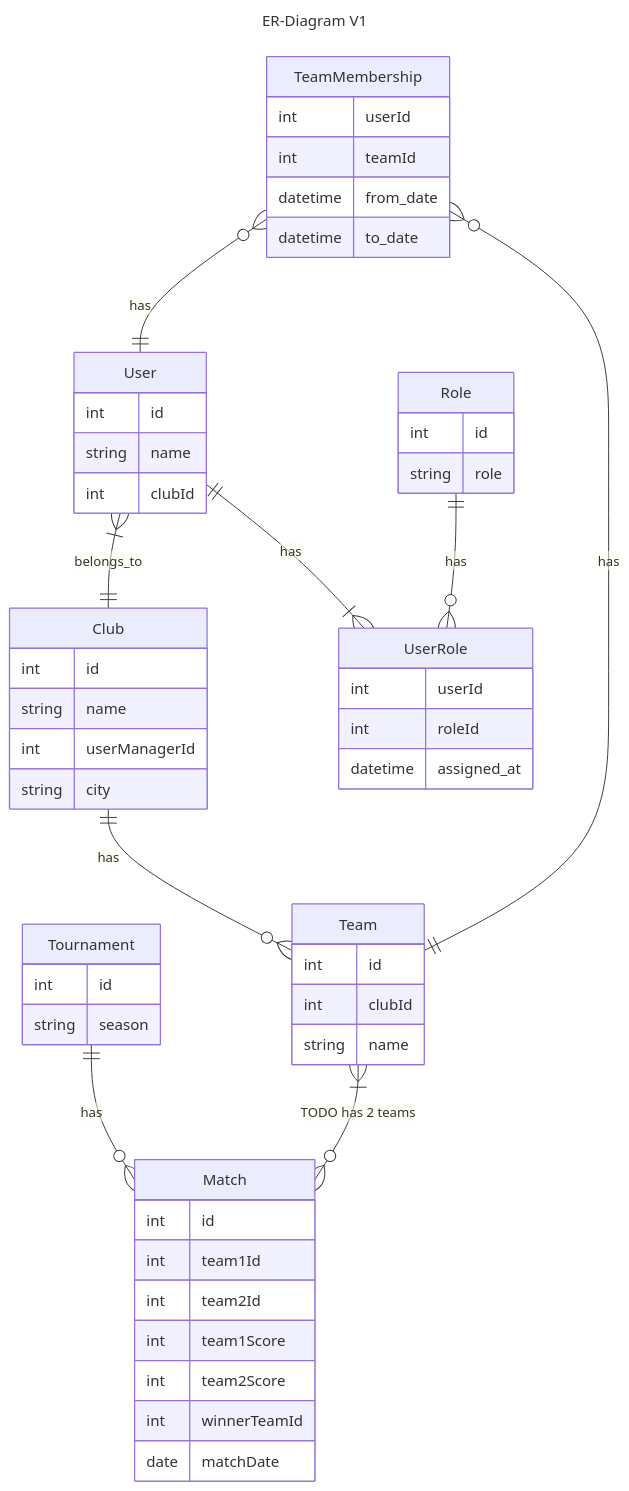
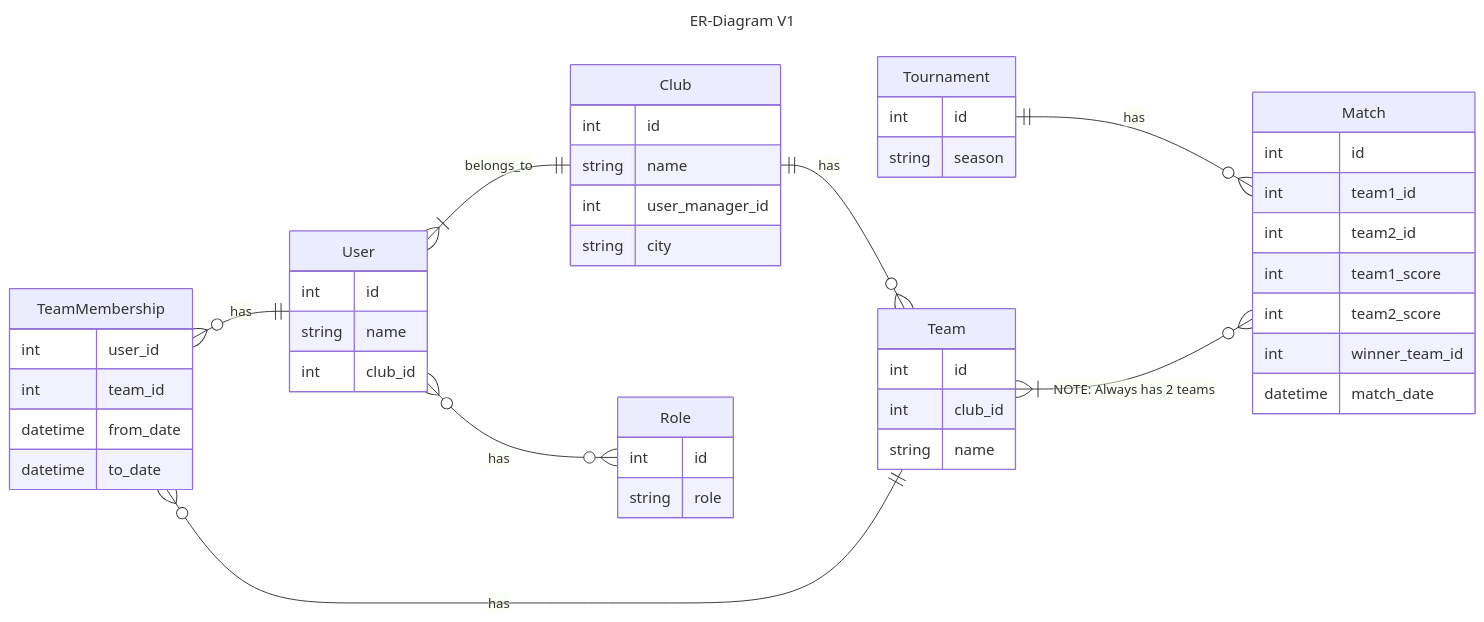
Before and after one commit to TacoKarl/kpolo: the first of 2 diagrams in backend/README.md, drawn with Mermaid. The commit also changed other lines of this file, not shown here.

Commit message:
Made v2 of ERD

````diff
--- a/backend/README.md
+++ b/backend/README.md
@@ -30,59 +31,54 @@
 ```mermaid
 ---
 title: ER-Diagram V1
 ---
 erDiagram
+    Direction LR
     User }|--|| Club : belongs_to
-    User ||--|{ UserRole : has
-    Role ||--o{ UserRole : has
+    User }o--o{ Role : has
     Club ||--o{ Team : has
     Tournament ||--o{ Match : has
-    Team }|--o{ Match : "TODO has 2 teams"
+    Team }|--o{ Match : "NOTE: Always has 2 teams"
     TeamMembership }o--|| User : has
     TeamMembership }o--|| Team : has 
     
     User {
         int id
         string name
-        int clubId
-    }
-    UserRole {
-        int userId
-        int roleId
-        datetime assigned_at
+        int club_id
     }
     Role {
         int id
         string role
     }
     Club {
         int id
         string name
-        int userManagerId
+        int user_manager_id
         string city
     }
     Tournament {
         int id
         string season
     }
     Match {
         int id
-        int team1Id
-        int team2Id
-        int team1Score
-        int team2Score
-        int winnerTeamId
-        date matchDate
+        int team1_id
+        int team2_id
+        int team1_score
+        int team2_score
+        int winner_team_id
+        datetime match_date
     }
     Team {
         int id
-        int clubId
+        int club_id
         string name
     }
     TeamMembership {
-        int userId
-        int teamId
+        int user_id
+        int team_id
         datetime from_date
         datetime to_date
     }
 ```
````
